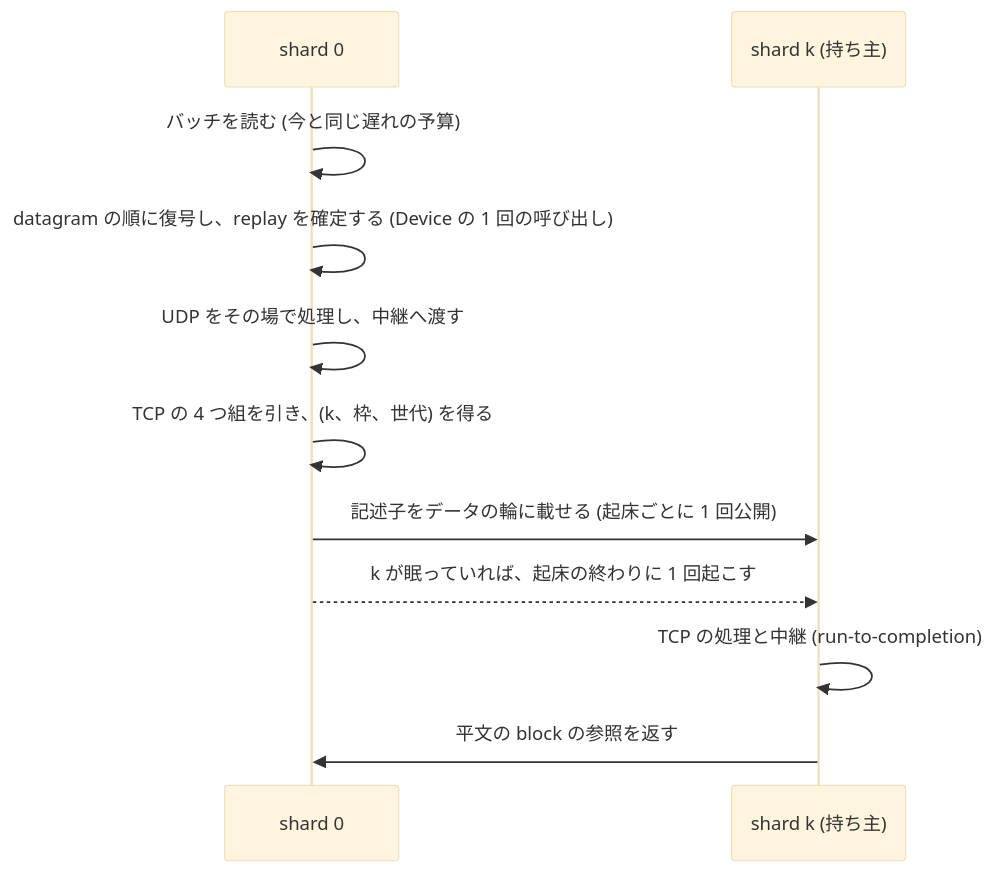
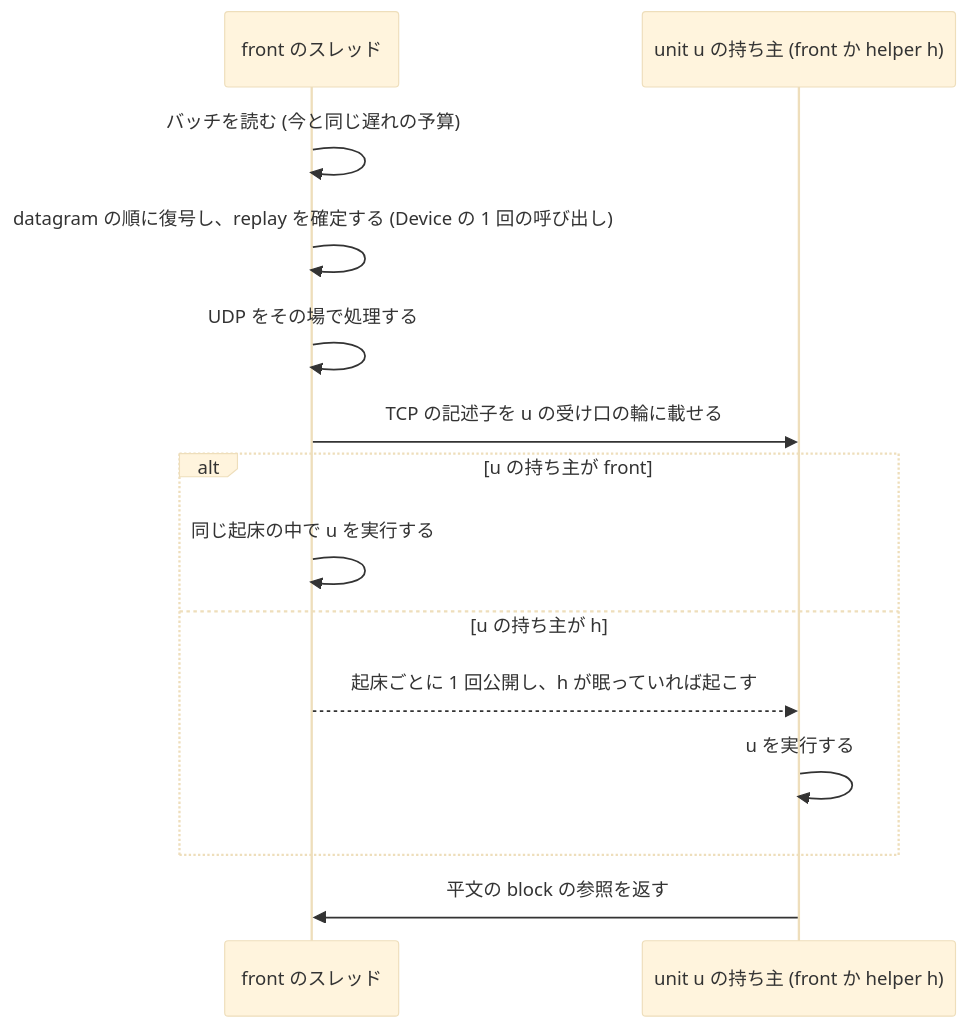
Before and after one commit to rahanahu/wgft: the second of 2 diagrams in docs/design/proposals/parallel-engine/ownership.md, drawn with Mermaid (base theme). The commit also changed other lines of this file and 6 other files, not shown here.

````diff
--- a/docs/design/proposals/parallel-engine/ownership.md
+++ b/docs/design/proposals/parallel-engine/ownership.md
@@ -130,13 +231,16 @@
 ```mermaid
 sequenceDiagram
-  participant Z as shard 0
-  participant K as shard k (持ち主)
-  Z->>Z: バッチを読む (今と同じ遅れの予算)
-  Z->>Z: datagram の順に復号し、replay を確定する (Device の 1 回の呼び出し)
-  Z->>Z: UDP をその場で処理し、中継へ渡す
-  Z->>Z: TCP の 4 つ組を引き、(k、枠、世代) を得る
-  Z->>K: 記述子をデータの輪に載せる (起床ごとに 1 回公開)
-  Z-->>K: k が眠っていれば、起床の終わりに 1 回起こす
-  K->>K: TCP の処理と中継 (run-to-completion)
-  K->>Z: 平文の block の参照を返す
+  participant F as front のスレッド
+  participant U as unit u の持ち主 (front か helper h)
+  F->>F: バッチを読む (今と同じ遅れの予算)
+  F->>F: datagram の順に復号し、replay を確定する (Device の 1 回の呼び出し)
+  F->>F: UDP をその場で処理する
+  F->>U: TCP の記述子を u の受け口の輪に載せる
+  alt u の持ち主が front
+    F->>F: 同じ起床の中で u を実行する
+  else u の持ち主が h
+    F-->>U: 起床ごとに 1 回公開し、h が眠っていれば起こす
+    U->>U: u を実行する
+  end
+  U->>F: 平文の block の参照を返す
 ```
````
